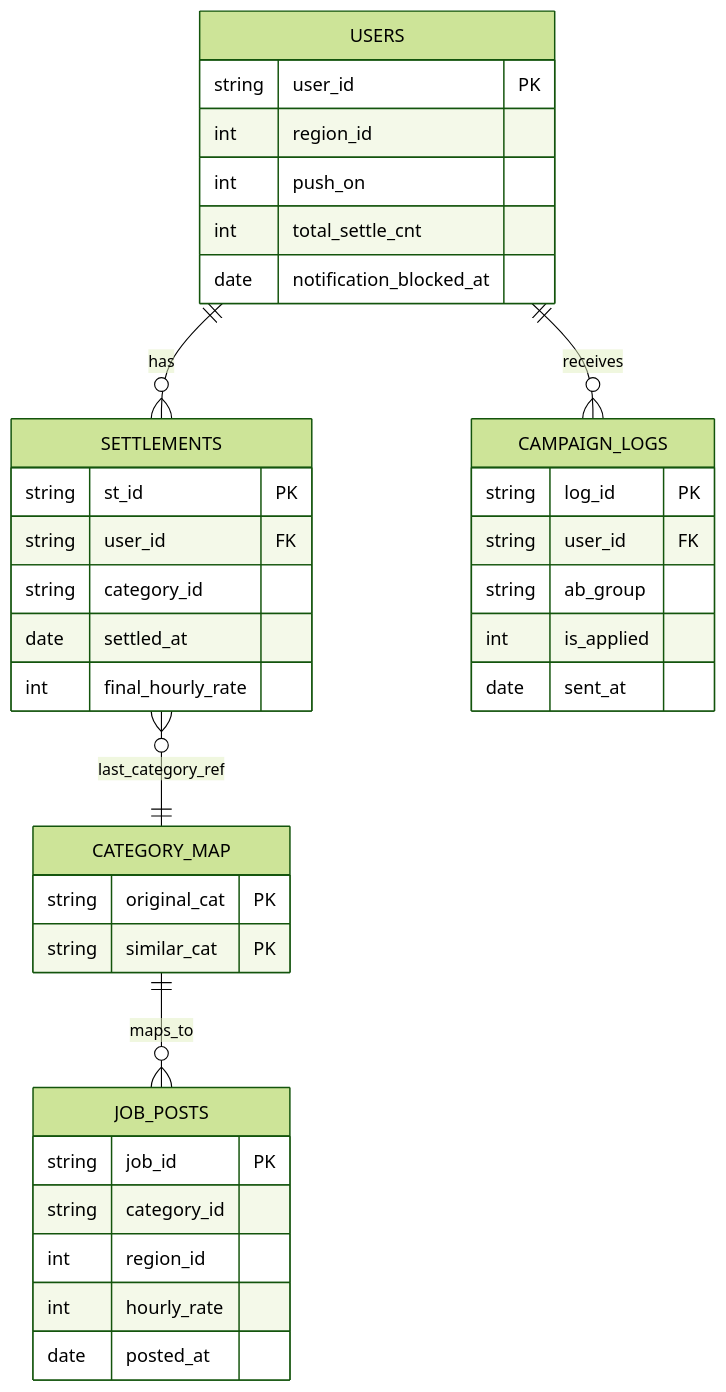
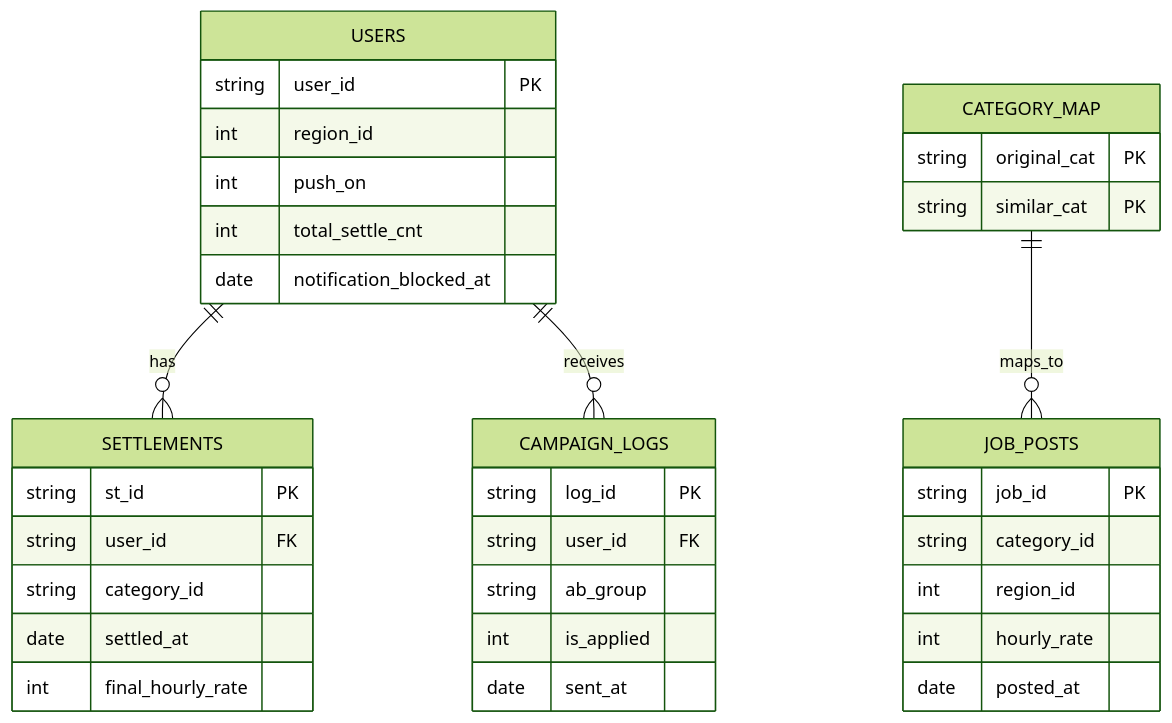
One commit to GeonYul2/scenario_Carrot-Market changed the diagram in README.md. Above: the diagram before and after it, drawn with Mermaid (forest theme). The commit also changed other lines of this file and 3 other files, not shown here.

````diff
--- a/README.md
+++ b/README.md
@@ -22,40 +22,39 @@
 ```mermaid
 erDiagram
     USERS ||--o{ SETTLEMENTS : has
     USERS ||--o{ CAMPAIGN_LOGS : receives
     CATEGORY_MAP ||--o{ JOB_POSTS : maps_to
-    SETTLEMENTS }o--|| CATEGORY_MAP : last_category_ref
 
     USERS {
       string user_id PK
       int region_id
       int push_on
       int total_settle_cnt
       date notification_blocked_at
     }
     SETTLEMENTS {
       string st_id PK
       string user_id FK
       string category_id
       date settled_at
       int final_hourly_rate
     }
     JOB_POSTS {
       string job_id PK
       string category_id
       int region_id
       int hourly_rate
       date posted_at
     }
     CATEGORY_MAP {
       string original_cat PK
       string similar_cat PK
     }
     CAMPAIGN_LOGS {
       string log_id PK
       string user_id FK
       string ab_group
       int is_applied
       date sent_at
     }
 ```
````
